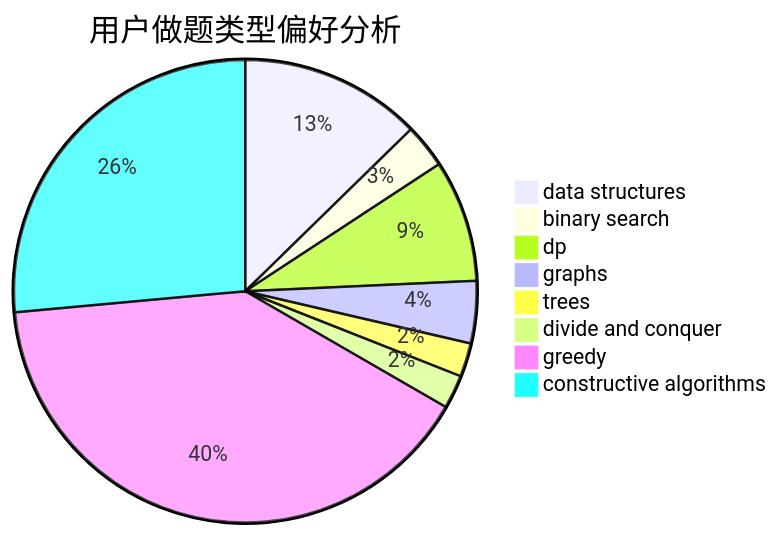
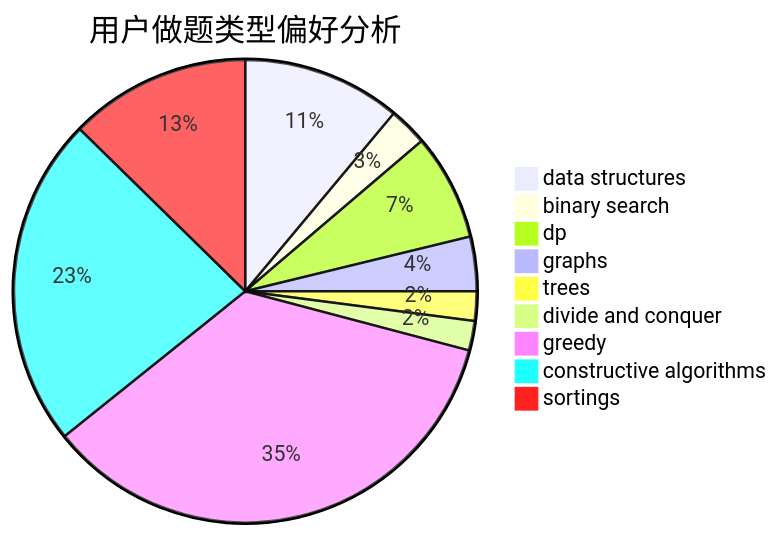
Before and after one commit to sherpahu/cfrs.github.io: the second of 3 diagrams in docs/user/u422.md, drawn with Mermaid. The commit also changed other lines of this file and 2769 other files, not shown here.

````diff
--- a/docs/user/u422.md
+++ b/docs/user/u422.md
@@ -23,11 +18,12 @@
 ```mermaid
 pie title 用户做题类型偏好分析
     "data structures" :  70
     "binary search" :  17
     "dp" :  47
     "graphs" :  24
     "trees" :  13
     "divide and conquer" :  13
     "greedy" :  222
     "constructive algorithms" :  146
+    "sortings" :  80
 ```
````
